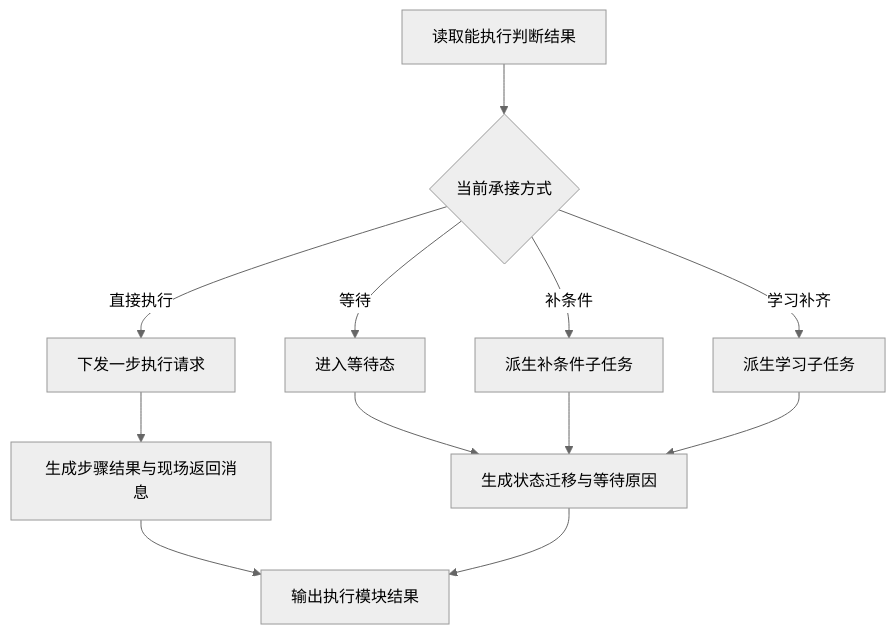
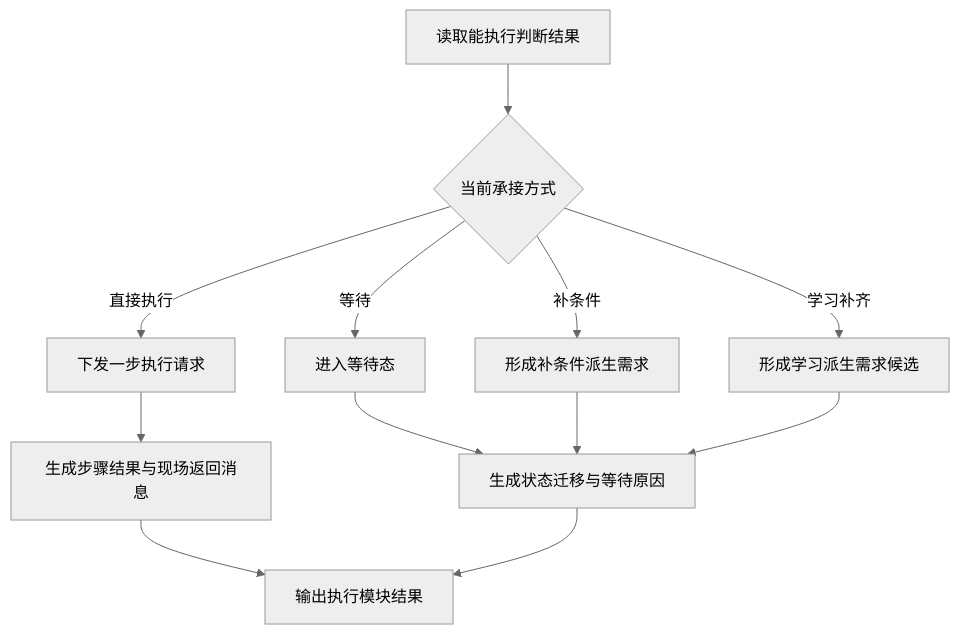
Before and after one commit to chunhaizh-cyber/Birthplace-of-digital-civilization: the fifth of 7 diagrams in 规范/1315_任务管理任务五模块流程规范.md, drawn with Mermaid (neutral theme). The commit also changed other lines of this file and 139 other files, not shown here.

````diff
--- a/规范/1315_任务管理任务五模块流程规范.md
+++ b/规范/1315_任务管理任务五模块流程规范.md
@@ -381,14 +524,14 @@
 ```mermaid
 flowchart TD
     A["读取能执行判断结果"] --> B{"当前承接方式"}
     B -->|"直接执行"| C["下发一步执行请求"]
     B -->|"等待"| D["进入等待态"]
-    B -->|"补条件"| E["派生补条件子任务"]
-    B -->|"学习补齐"| F["派生学习子任务"]
+    B -->|"补条件"| E["形成补条件派生需求"]
+    B -->|"学习补齐"| F["形成学习派生需求候选"]
     C --> G["生成步骤结果与现场返回消息"]
     D --> H["生成状态迁移与等待原因"]
     E --> H
     F --> H
     G --> I["输出执行模块结果"]
     H --> I
 ```
````
